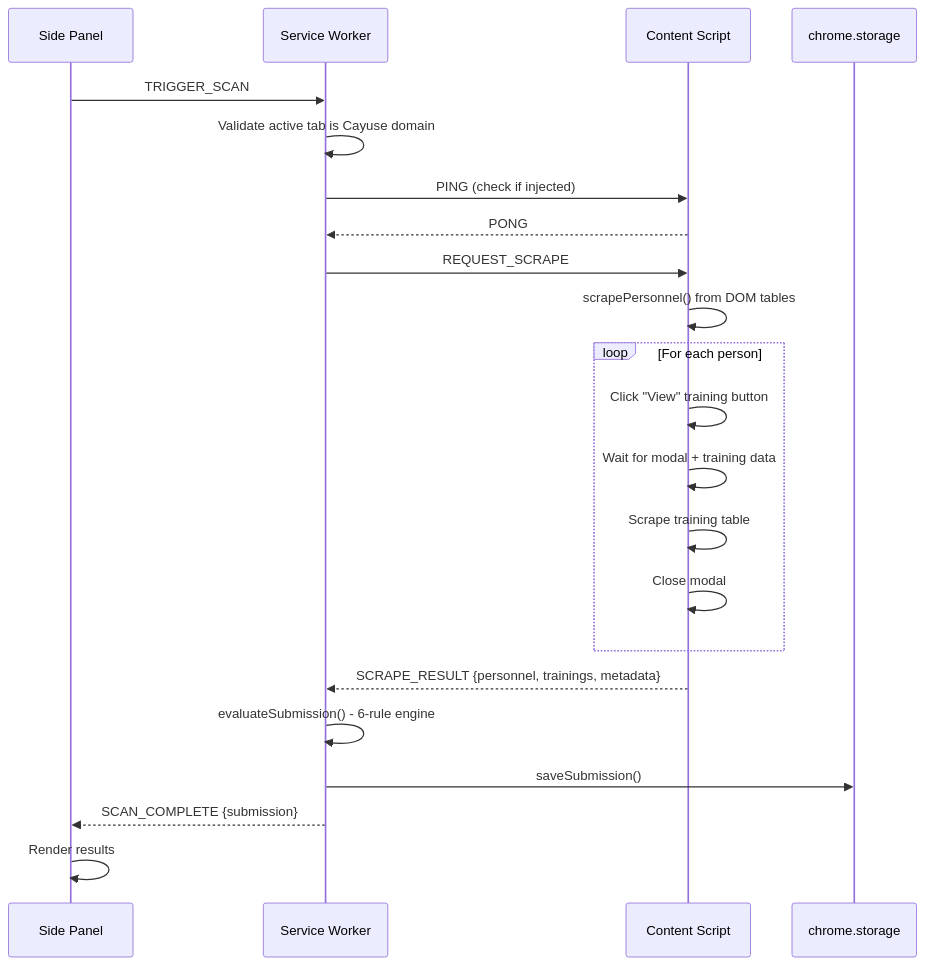
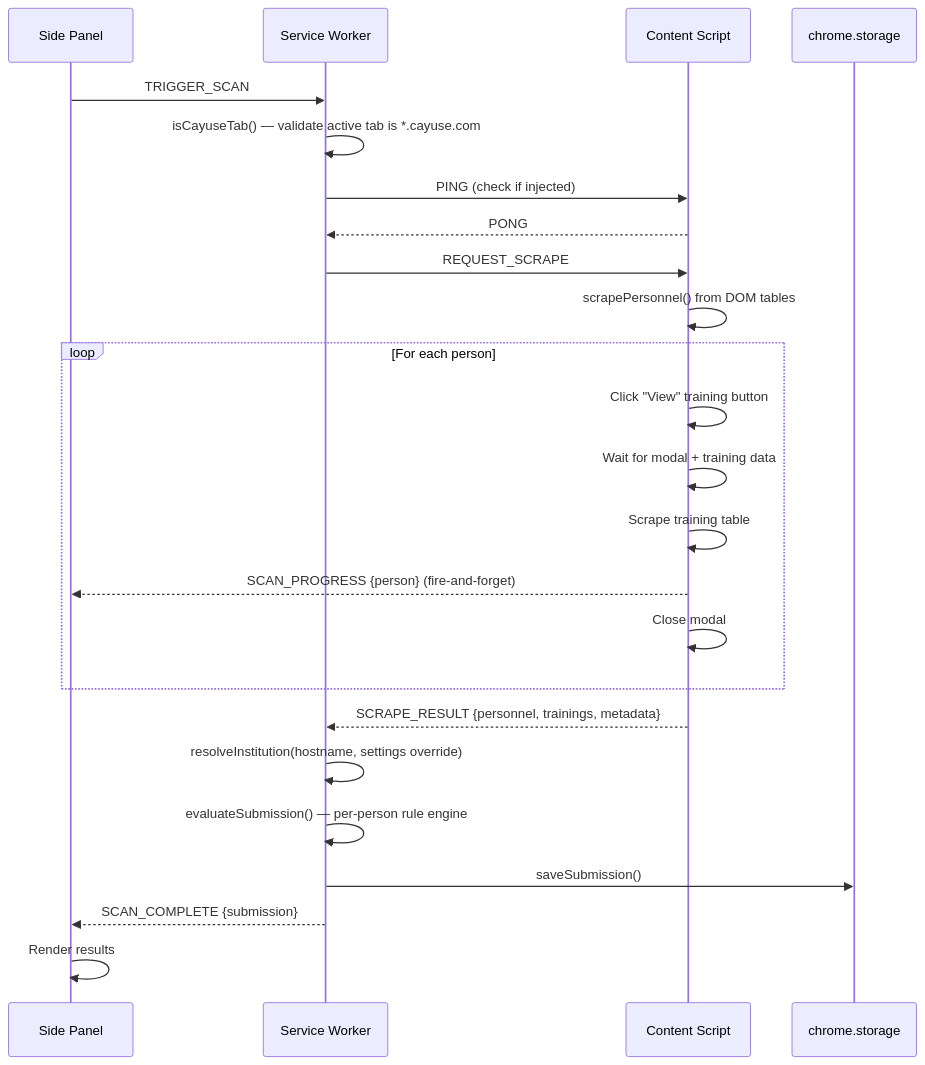
Before and after one commit to ngoldbla/irb-citi-checker: the first of 2 diagrams in governance/01-architecture.md, drawn with Mermaid. The commit also changed other lines of this file and 51 other files, not shown here.

First line of the commit message:
Open-source the Cayuse IRB CITI Checker: offline, institution-neutral (#5)

````diff
--- a/governance/01-architecture.md
+++ b/governance/01-architecture.md
@@ -131,25 +217,27 @@
 ```mermaid
 sequenceDiagram
     participant SP as Side Panel
     participant SW as Service Worker
     participant CS as Content Script
     participant ST as chrome.storage
 
     SP->>SW: TRIGGER_SCAN
-    SW->>SW: Validate active tab is Cayuse domain
+    SW->>SW: isCayuseTab() — validate active tab is *.cayuse.com
     SW->>CS: PING (check if injected)
     CS-->>SW: PONG
     SW->>CS: REQUEST_SCRAPE
     CS->>CS: scrapePersonnel() from DOM tables
     loop For each person
         CS->>CS: Click "View" training button
         CS->>CS: Wait for modal + training data
         CS->>CS: Scrape training table
+        CS-->>SP: SCAN_PROGRESS {person} (fire-and-forget)
         CS->>CS: Close modal
     end
     CS-->>SW: SCRAPE_RESULT {personnel, trainings, metadata}
-    SW->>SW: evaluateSubmission() - 6-rule engine
+    SW->>SW: resolveInstitution(hostname, settings override)
+    SW->>SW: evaluateSubmission() — per-person rule engine
     SW->>ST: saveSubmission()
     SW-->>SP: SCAN_COMPLETE {submission}
     SP->>SP: Render results
 ```
````
